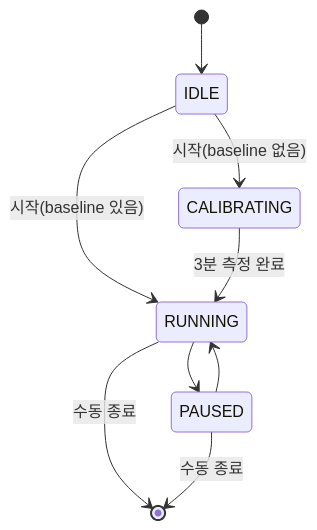
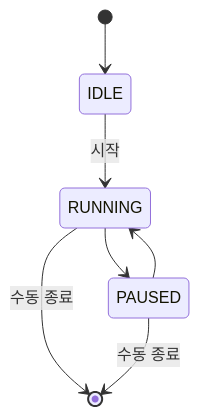
One commit to Gonu19/Dalli changed the first of 2 diagrams in docs/ENGINE.md. Above: the diagram before and after it, drawn with Mermaid. The commit also changed other lines of this file and 6 other files, not shown here.

````diff
--- a/docs/ENGINE.md
+++ b/docs/ENGINE.md
@@ -113,11 +159,9 @@
 ```mermaid
 stateDiagram-v2
     [*] --> IDLE
-    IDLE --> CALIBRATING : 시작(baseline 없음)
-    IDLE --> RUNNING : 시작(baseline 있음)
-    CALIBRATING --> RUNNING : 3분 측정 완료
+    IDLE --> RUNNING : 시작
     RUNNING --> PAUSED
     PAUSED --> RUNNING
     RUNNING --> [*] : 수동 종료
     PAUSED --> [*] : 수동 종료
 ```
````
